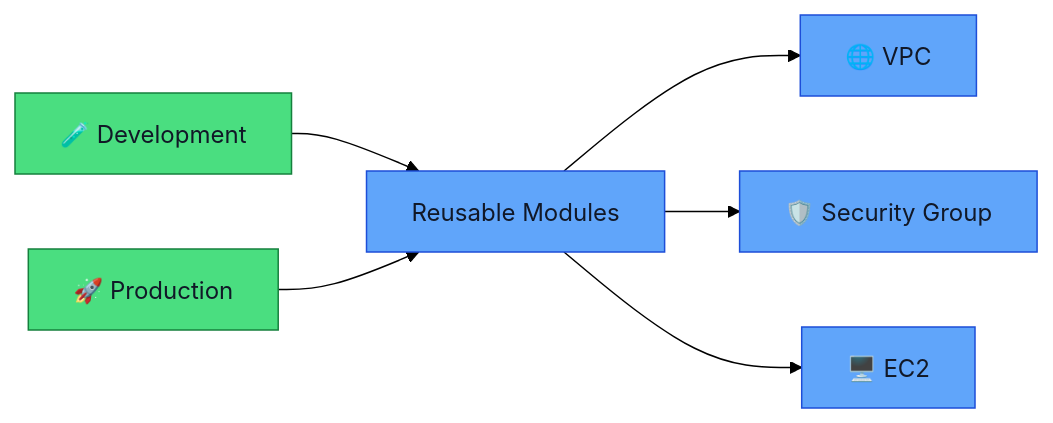
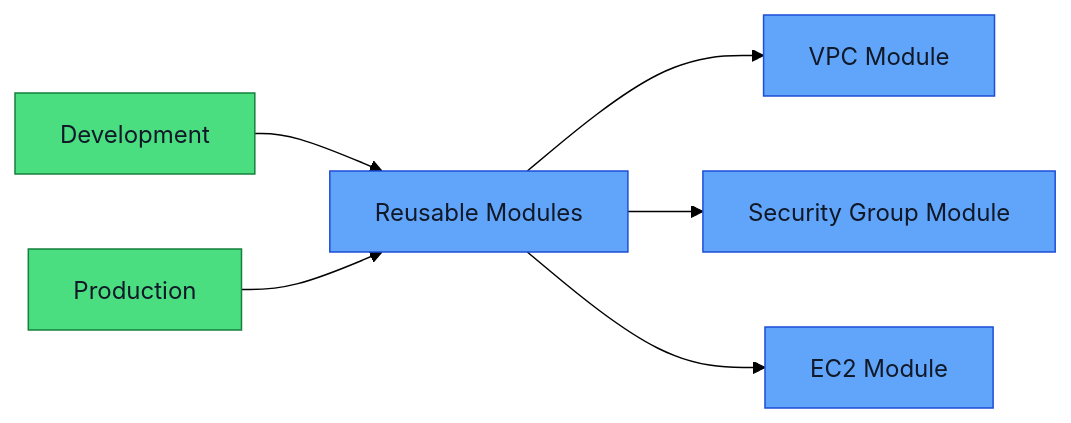
Before and after one commit to anshu-sharma-devops/key-learning-of-cloud-and-devops: the fourth of 5 diagrams in 01-terraform/README.md, drawn with Mermaid (forest theme). The commit also changed other lines of this file, not shown here.

````diff
--- a/01-terraform/README.md
+++ b/01-terraform/README.md
@@ -385,19 +390,19 @@
 ```mermaid
 flowchart LR
 
-DEV["🧪 Development"]
-PROD["🚀 Production"]
+DEV["Development"]
+PROD["Production"]
 
 DEV --> MOD["Reusable Modules"]
 PROD --> MOD
 
-MOD --> VPC["🌐 VPC"]
-MOD --> SG["🛡️ Security Group"]
-MOD --> EC2["🖥️ EC2"]
+MOD --> VPC["VPC Module"]
+MOD --> SG["Security Group Module"]
+MOD --> EC2["EC2 Module"]
 
 classDef env fill:#4ADE80,stroke:#15803D,color:#111827
 classDef module fill:#60A5FA,stroke:#1D4ED8,color:#111827
 
 class DEV,PROD env
 class MOD,VPC,SG,EC2 module
 ```
````
